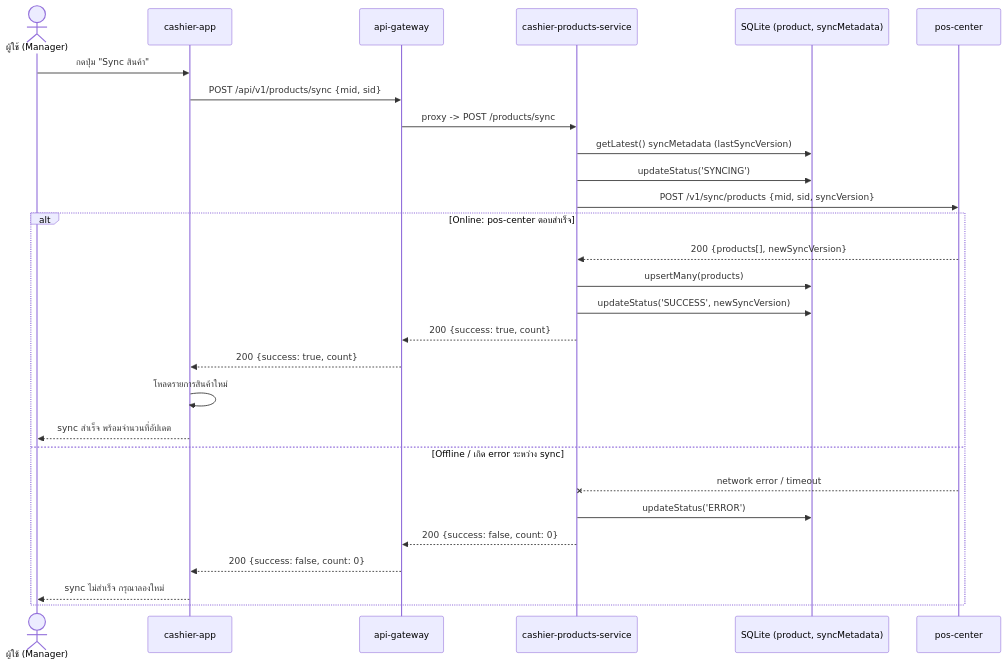
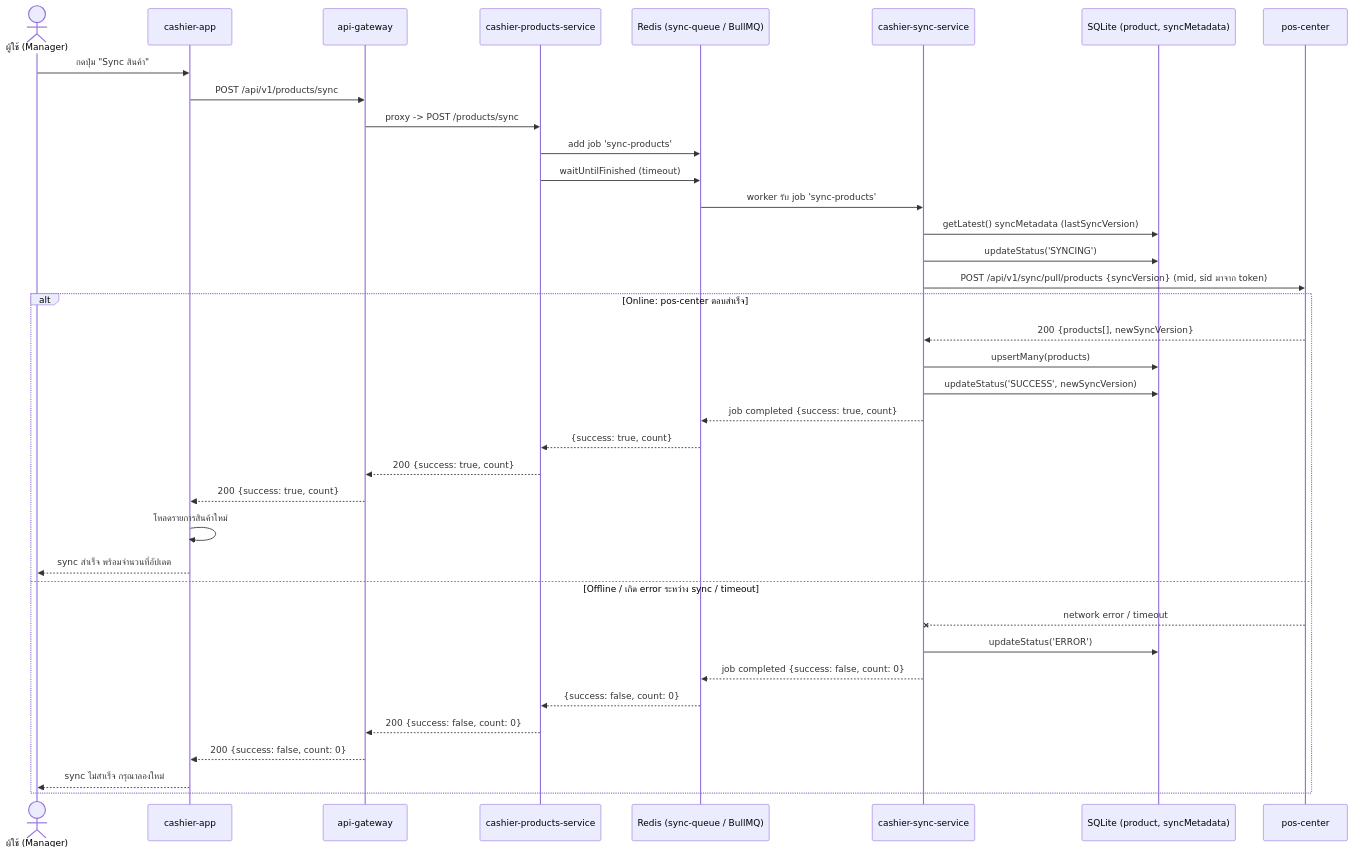
One commit to apisit110/pos-cashier changed the diagram in docs/sequence-diagrams/04-product-sync.md. Above: the diagram before and after it, drawn with Mermaid. The commit also changed other lines of this file and 38 other files, not shown here.

````diff
--- a/docs/sequence-diagrams/04-product-sync.md
+++ b/docs/sequence-diagrams/04-product-sync.md
@@ -9,32 +11,41 @@
 ```mermaid
 sequenceDiagram
     actor User as ผู้ใช้ (Manager)
     participant App as cashier-app
     participant GW as api-gateway
     participant Prod as cashier-products-service
+    participant Queue as Redis (sync-queue / BullMQ)
+    participant Sync as cashier-sync-service
     participant DB as SQLite (product, syncMetadata)
     participant Center as pos-center
 
     User->>App: กดปุ่ม "Sync สินค้า"
-    App->>GW: POST /api/v1/products/sync {mid, sid}
+    App->>GW: POST /api/v1/products/sync
     GW->>Prod: proxy -> POST /products/sync
-    Prod->>DB: getLatest() syncMetadata (lastSyncVersion)
-    Prod->>DB: updateStatus('SYNCING')
-    Prod->>Center: POST /v1/sync/products {mid, sid, syncVersion}
+    Prod->>Queue: add job 'sync-products'
+    Prod->>Queue: waitUntilFinished (timeout)
+    Queue->>Sync: worker รับ job 'sync-products'
+    Sync->>DB: getLatest() syncMetadata (lastSyncVersion)
+    Sync->>DB: updateStatus('SYNCING')
+    Sync->>Center: POST /api/v1/sync/pull/products {syncVersion} (mid, sid มาจาก token)
 
     alt Online: pos-center ตอบสำเร็จ
-        Center-->>Prod: 200 {products[], newSyncVersion}
-        Prod->>DB: upsertMany(products)
-        Prod->>DB: updateStatus('SUCCESS', newSyncVersion)
+        Center-->>Sync: 200 {products[], newSyncVersion}
+        Sync->>DB: upsertMany(products)
+        Sync->>DB: updateStatus('SUCCESS', newSyncVersion)
+        Sync-->>Queue: job completed {success: true, count}
+        Queue-->>Prod: {success: true, count}
         Prod-->>GW: 200 {success: true, count}
         GW-->>App: 200 {success: true, count}
         App->>App: โหลดรายการสินค้าใหม่
         App-->>User: sync สำเร็จ พร้อมจำนวนที่อัปเดต
-    else Offline / เกิด error ระหว่าง sync
-        Center--xProd: network error / timeout
-        Prod->>DB: updateStatus('ERROR')
+    else Offline / เกิด error ระหว่าง sync / timeout
+        Center--xSync: network error / timeout
+        Sync->>DB: updateStatus('ERROR')
+        Sync-->>Queue: job completed {success: false, count: 0}
+        Queue-->>Prod: {success: false, count: 0}
         Prod-->>GW: 200 {success: false, count: 0}
         GW-->>App: 200 {success: false, count: 0}
         App-->>User: sync ไม่สำเร็จ กรุณาลองใหม่
     end
 ```
````
